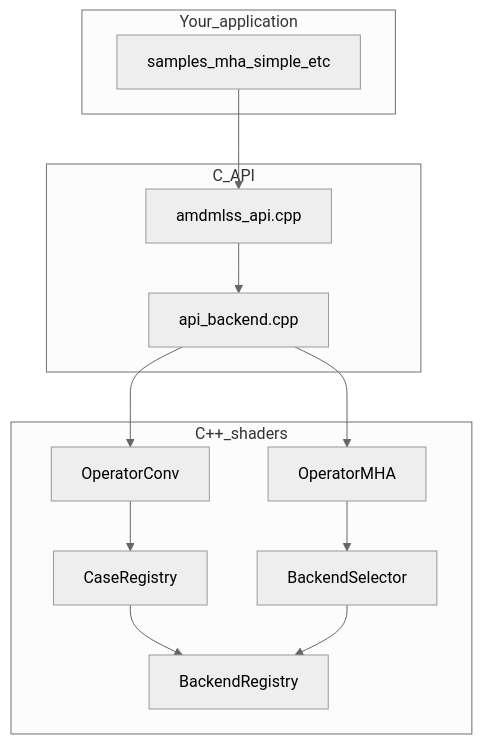
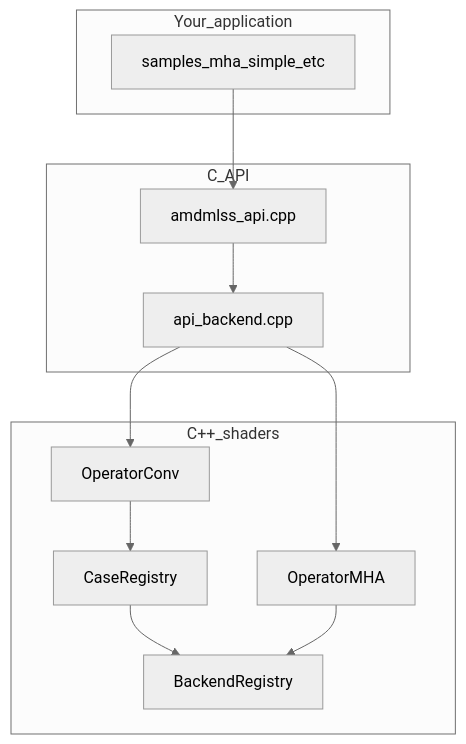
The third of 7 diagrams in README.md (lishixlnx/AMDMLSS), drawn with Mermaid (neutral theme) before and after one commit. The commit also changed other lines of this file, not shown here.

Commit message:
updated a scheme

````diff
--- a/README.md
+++ b/README.md
@@ -166,25 +166,23 @@
 ```mermaid
 flowchart TD
     subgraph app_layer [Your_application]
         samples[samples_mha_simple_etc]
     end
     subgraph c_api_layer [C_API]
         entry[amdmlss_api.cpp]
         backend[api_backend.cpp]
     end
     subgraph cpp_layer [C++_shaders]
         opConv[OperatorConv]
         opMha[OperatorMHA]
         cases[CaseRegistry]
         backs[BackendRegistry]
-        selector[BackendSelector]
     end
     samples --> entry
     entry --> backend
     backend --> opConv
     backend --> opMha
     opConv --> cases
     cases --> backs
-    opMha --> selector
-    selector --> backs
+    opMha --> backs
 ```
````
